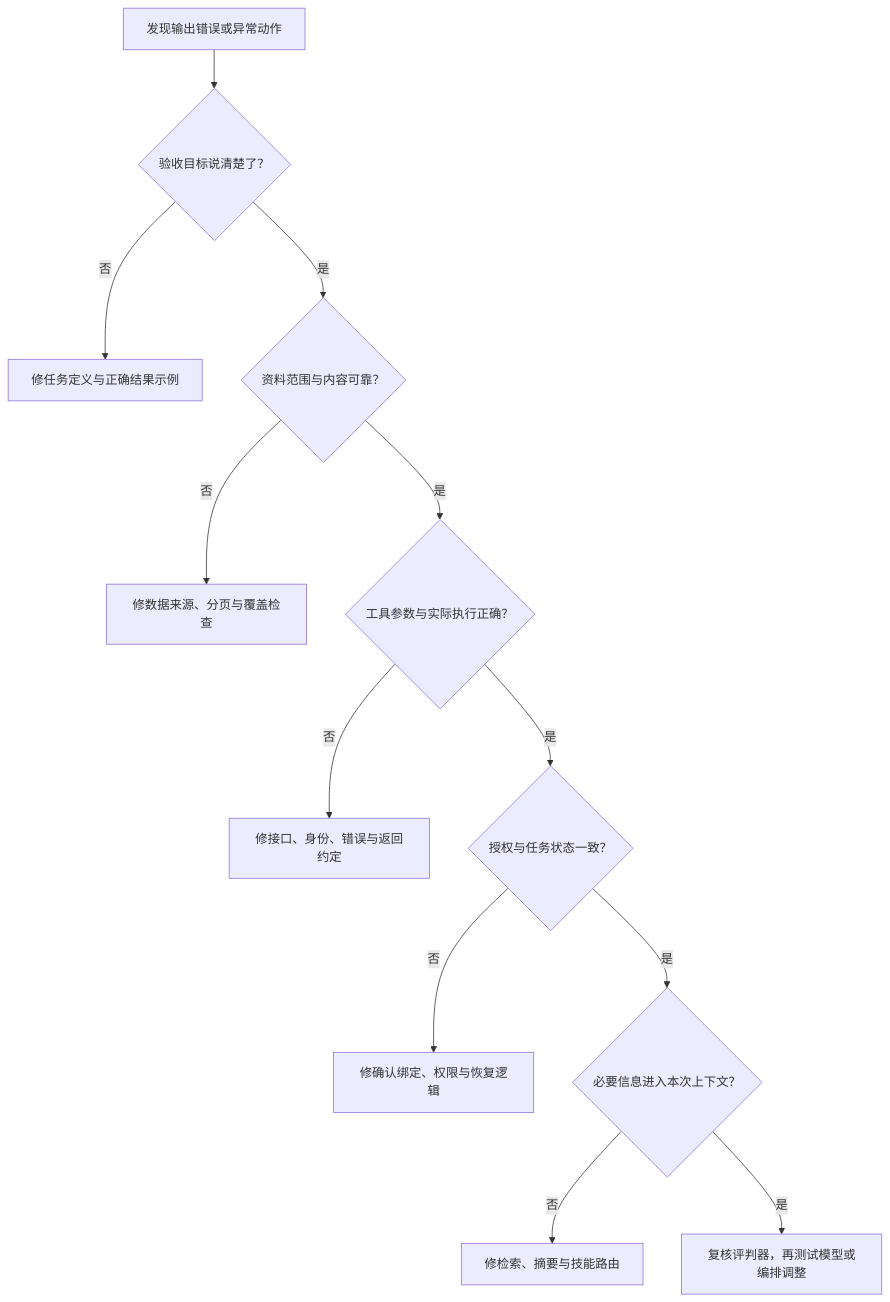
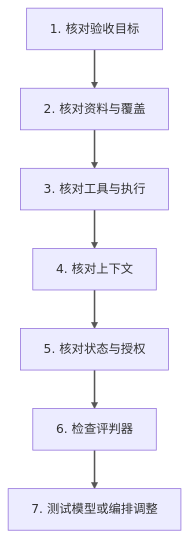
Before and after one commit to junheng/digitalgarden: the first of 2 diagrams in src/site/notes/03 - Resources/Published/Agent 应用指南/03 - Agent 为什么失效.md, drawn with Mermaid. The commit also changed other lines of this file and 4 other files, not shown here.

````diff
--- a/src/site/notes/03 - Resources/Published/Agent 应用指南/03 - Agent 为什么失效.md
+++ b/src/site/notes/03 - Resources/Published/Agent 应用指南/03 - Agent 为什么失效.md
@@ -15,14 +18,10 @@
 ```mermaid
 flowchart TD
-    A["发现输出错误或异常动作"] --> B{"验收目标说清楚了？"}
-    B -->|否| B1["修任务定义与正确结果示例"]
-    B -->|是| C{"资料范围与内容可靠？"}
-    C -->|否| C1["修数据来源、分页与覆盖检查"]
-    C -->|是| D{"工具参数与实际执行正确？"}
-    D -->|否| D1["修接口、身份、错误与返回约定"]
-    D -->|是| E{"授权与任务状态一致？"}
-    E -->|否| E1["修确认绑定、权限与恢复逻辑"]
-    E -->|是| F{"必要信息进入本次上下文？"}
-    F -->|否| F1["修检索、摘要与技能路由"]
-    F -->|是| G["复核评判器，再测试模型或编排调整"]
+    A["1. 核对验收目标"] --> B["2. 核对资料与覆盖"]
+    B --> C["3. 核对工具与执行"]
+    C --> D["4. 核对上下文"]
+    D --> E["5. 核对状态与授权"]
+    E --> F["6. 检查评判器"]
+    F --> G["7. 测试模型或编排调整"]
+    linkStyle default stroke:#555,stroke-width:2px;
 ```
````
